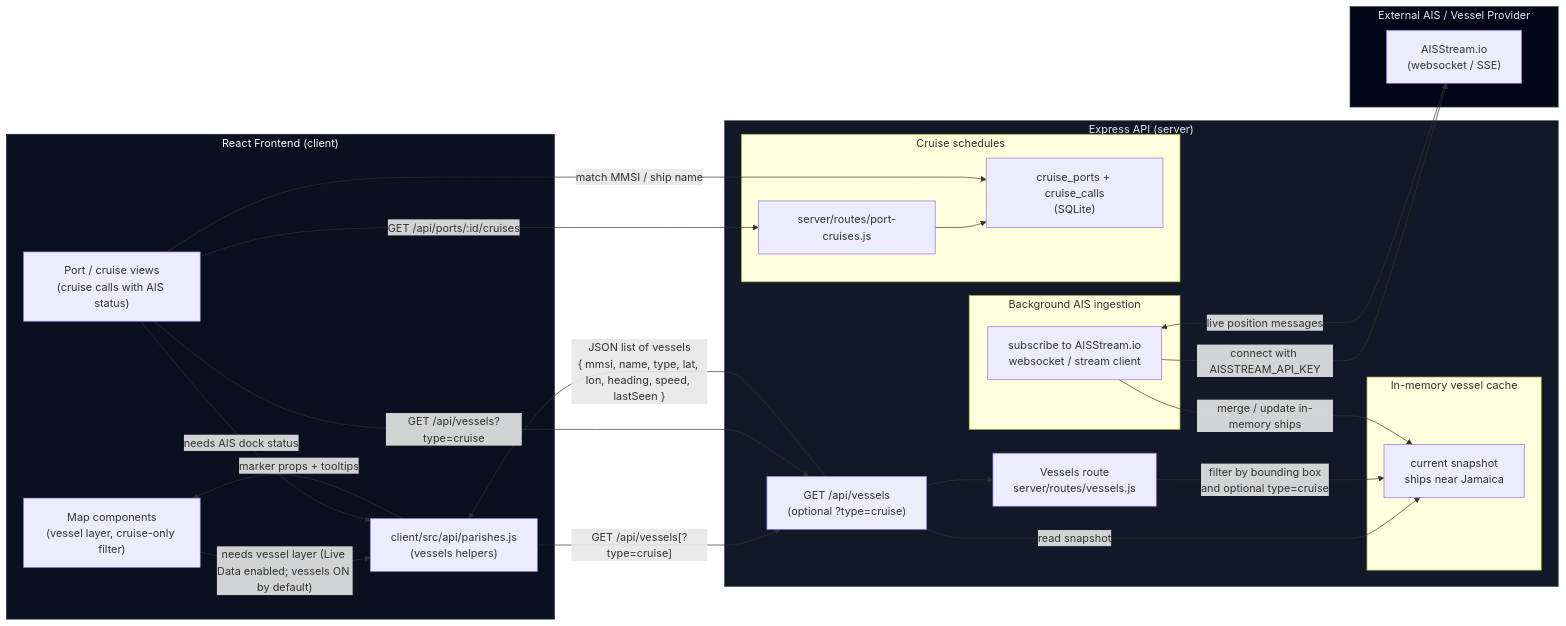
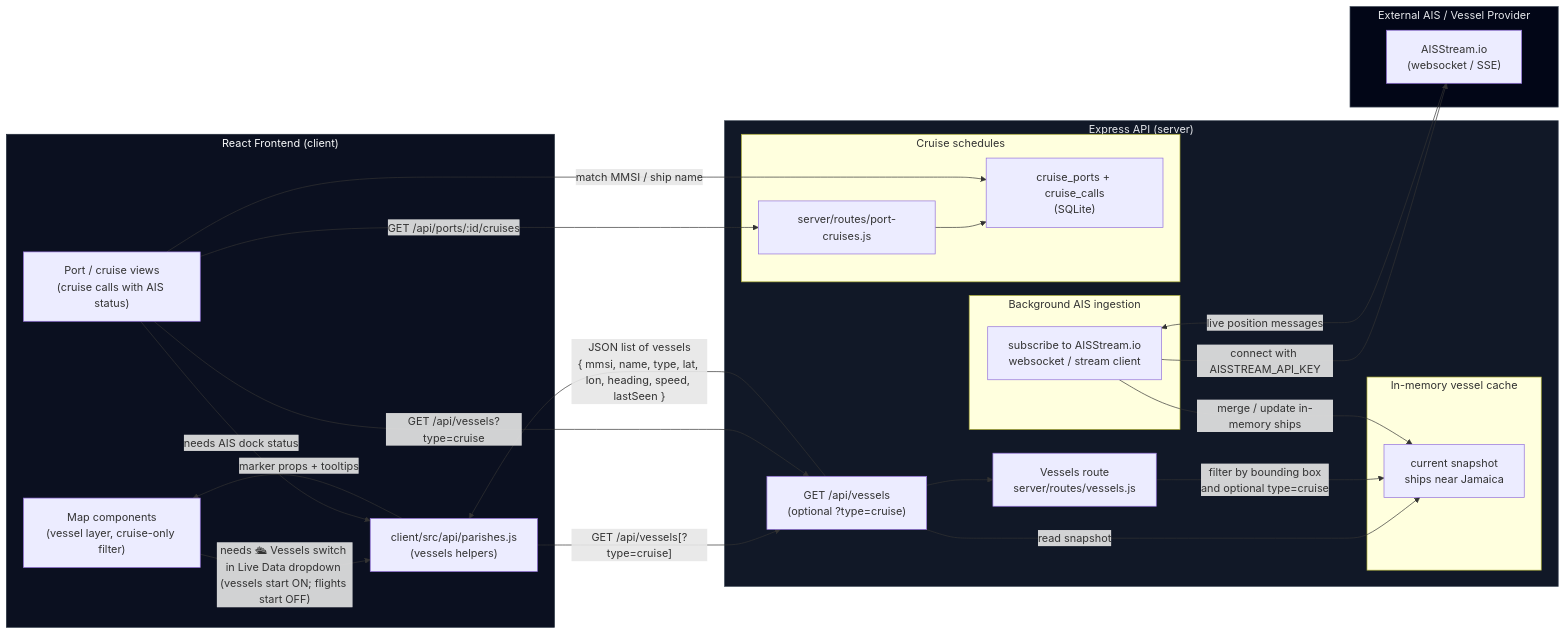
Before and after one commit to becomeonewiththecode/jamaica-parish-explorer: the diagram in docs/VESSEL-DATA-DIAGRAM.md, drawn with Mermaid. The commit also changed 7 other files, not shown here.

First line of the commit message:
Update Live Data dropdown and documentation

````diff
--- a/docs/VESSEL-DATA-DIAGRAM.md
+++ b/docs/VESSEL-DATA-DIAGRAM.md
@@ -5,67 +5,67 @@
 ```mermaid
 flowchart LR
   %% Frontend
   subgraph Frontend["React Frontend (client)"]
     Map["Map components<br/>(vessel layer, cruise-only filter)"]
     PortViews["Port / cruise views<br/>(cruise calls with AIS status)"]
     VesselsApiClient["client/src/api/parishes.js<br/>(vessels helpers)"]
   end
 
   %% Backend
   subgraph Backend["Express API (server)"]
     VesselsRoute["Vessels route<br/>server/routes/vessels.js"]
     VesselsEndpoint["GET /api/vessels<br/>(optional ?type=cruise)"]
 
     subgraph VesselCache["In-memory vessel cache"]
       VesselSnapshot["current snapshot<br/>ships near Jamaica"]
     end
 
     subgraph VesselJobs["Background AIS ingestion"]
       StreamTask["subscribe to AISStream.io<br/>websocket / stream client"]
     end
 
     subgraph CruiseData["Cruise schedules"]
       CruiseTables["cruise_ports + cruise_calls<br/>(SQLite)"]
       PortCruiseRoute["server/routes/port-cruises.js"]
     end
   end
 
   %% External providers
   subgraph VesselProviders["External AIS / Vessel Provider"]
     AIS["AISStream.io<br/>(websocket / SSE)"]
   end
 
   %% Frontend calls backend
-  Map -->|"needs vessel layer (Live Data enabled; vessels ON by default)"| VesselsApiClient
+  Map -->|"needs 🛳 Vessels switch in Live Data dropdown (vessels start ON; flights start OFF)"| VesselsApiClient
   PortViews -->|"needs AIS dock status"| VesselsApiClient
   VesselsApiClient -->|"GET /api/vessels[?type=cruise]"| VesselsEndpoint
 
   %% Endpoint uses cache + filters
   VesselsEndpoint -->|"read snapshot"| VesselSnapshot
   VesselsEndpoint --> VesselsRoute
   VesselsRoute -->|"filter by bounding box<br/>and optional type=cruise"| VesselSnapshot
 
   %% AIS ingestion populates snapshot
   StreamTask -->|"connect with AISSTREAM_API_KEY"| AIS
   AIS -->|"live position messages"| StreamTask
   StreamTask -->|"merge / update in-memory ships"| VesselSnapshot
 
   %% Cruise schedule correlation (port popup)
   PortCruiseRoute --> CruiseTables
   PortViews -->|"GET /api/ports/:id/cruises"| PortCruiseRoute
   PortViews -->|"GET /api/vessels?type=cruise"| VesselsEndpoint
   PortViews -->|"match MMSI / ship name"| CruiseTables
 
   %% Data back to frontend
   VesselsEndpoint -->|"JSON list of vessels<br/>{ mmsi, name, type, lat, lon, heading, speed, lastSeen }"| VesselsApiClient
   VesselsApiClient -->|"marker props + tooltips"| Map
 
   %% Legend
   classDef frontend fill:#0b1020,stroke:#1f2937,color:#f9fafb;
   classDef backend fill:#111827,stroke:#4b5563,color:#e5e7eb;
   classDef external fill:#020617,stroke:#4b5563,color:#e5e7eb;
 
   class Frontend frontend;
   class Backend backend;
   class VesselProviders external;
 ```
````
